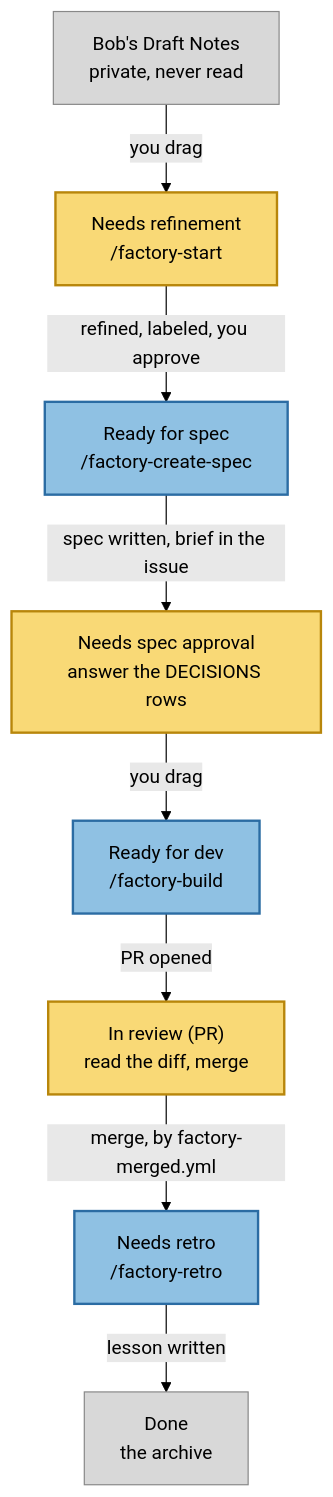
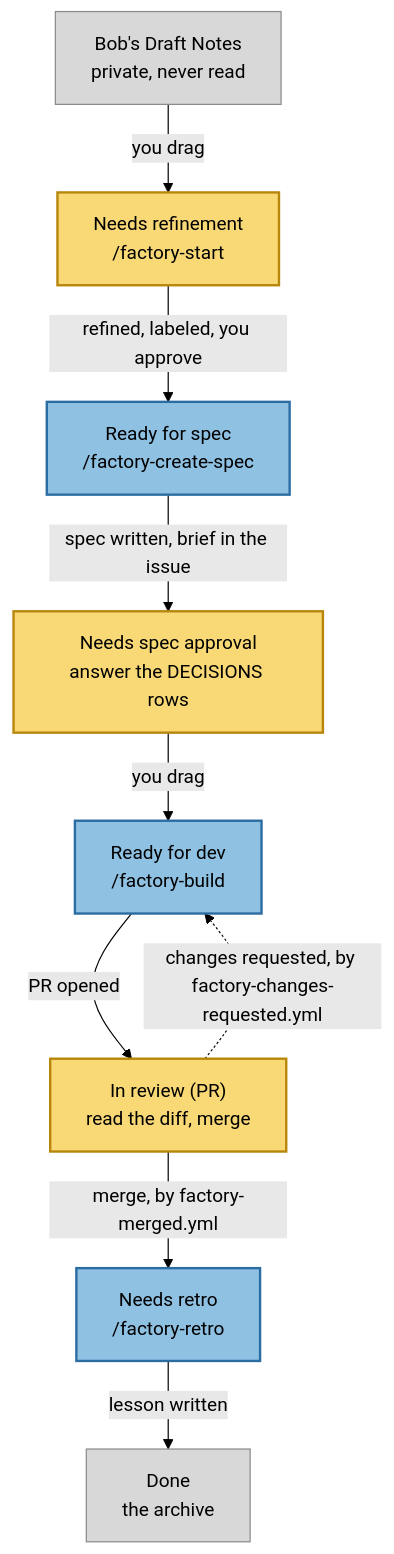
Before and after one commit to BobDempsey/software-factory: the diagram in docs/architecture.md, drawn with Mermaid (forest theme). The commit also changed other lines of this file and 5 other files, not shown here.

First line of the commit message:
Send a card back to Ready for dev when a review requests changes

````diff
--- a/docs/architecture.md
+++ b/docs/architecture.md
@@ -10,28 +10,29 @@
 ```mermaid
 flowchart TD
     classDef you fill:#f9d976,stroke:#b8860b,stroke-width:2px,color:#000
     classDef agent fill:#8fc1e3,stroke:#2b6ca3,stroke-width:2px,color:#000
     classDef quiet fill:#d8d8d8,stroke:#888,stroke-width:1px,color:#000
 
     DRAFT["Bob's Draft Notes<br/>private, never read"]
     REFINE["Needs refinement<br/>/factory-start"]
     SPEC["Ready for spec<br/>/factory-create-spec"]
     APPROVE["Needs spec approval<br/>answer the DECISIONS rows"]
     DEV["Ready for dev<br/>/factory-build"]
     REVIEW["In review (PR)<br/>read the diff, merge"]
     RETRO["Needs retro<br/>/factory-retro"]
     DONE["Done<br/>the archive"]
 
     DRAFT -->|you drag| REFINE
     REFINE -->|refined, labeled, you approve| SPEC
     SPEC -->|spec written, brief in the issue| APPROVE
     APPROVE -->|you drag| DEV
     DEV -->|PR opened| REVIEW
     REVIEW -->|merge, by factory-merged.yml| RETRO
+    REVIEW -.->|changes requested, by factory-changes-requested.yml| DEV
     RETRO -->|lesson written| DONE
 
     class DRAFT quiet
     class REFINE,APPROVE,REVIEW you
     class SPEC,DEV,RETRO agent
     class DONE quiet
 ```
````
